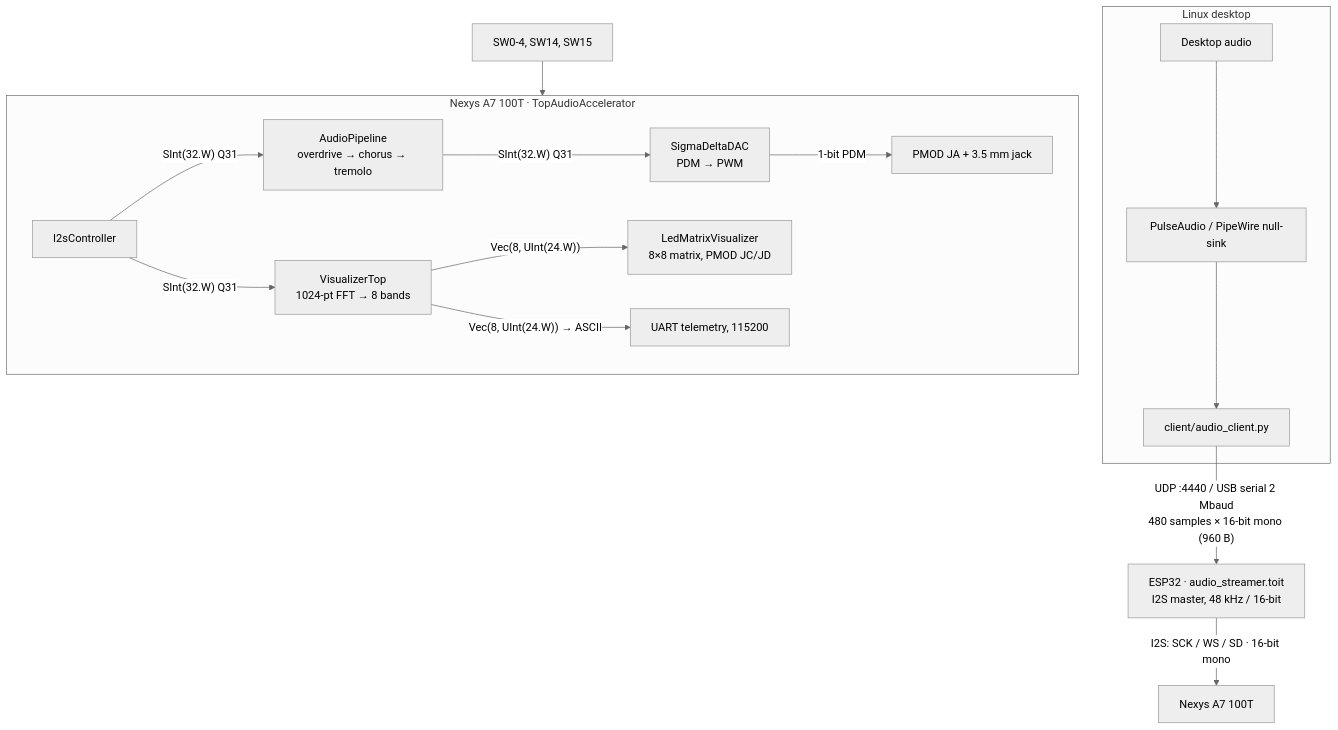
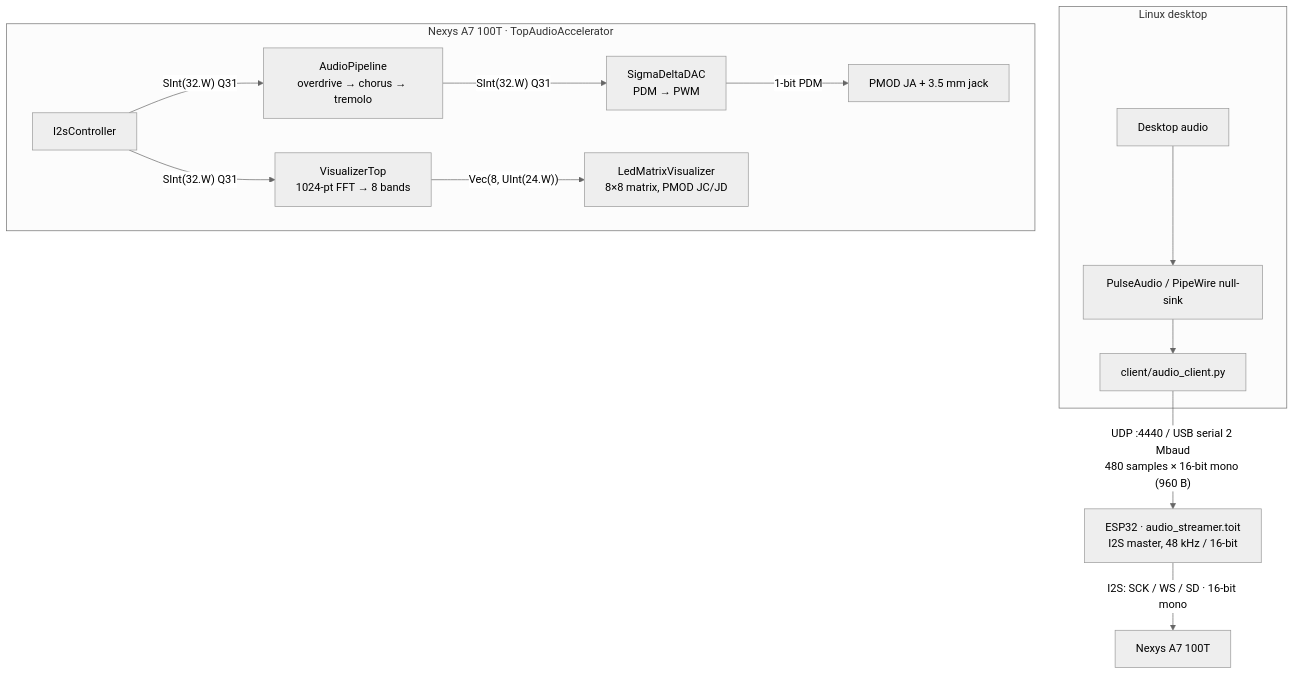
One commit to mairup/fpga-accelerated-audio-player changed the diagram in diagrams/system-overview.md. Above: the diagram before and after it, drawn with Mermaid (neutral theme). The commit also changed 6 other files, not shown here.

First line of the commit message:
diagrams: minimal audio-data flow only

````diff
--- a/diagrams/system-overview.md
+++ b/diagrams/system-overview.md
@@ -5,22 +5,19 @@
 ```mermaid
 flowchart TB
   subgraph PC["Linux desktop"]
     AUDIO["Desktop audio"] --> PA["PulseAudio / PipeWire null-sink"]
     PA --> CLIENT["client/audio_client.py"]
   end
 
   CLIENT -- "UDP :4440 / USB serial 2 Mbaud<br/>480 samples × 16-bit mono (960 B)" --> BRIDGE["ESP32 · audio_streamer.toit<br/>I2S master, 48 kHz / 16-bit"]
 
   BRIDGE -- "I2S: SCK / WS / SD · 16-bit mono" --> FPGA["Nexys A7 100T"]
 
   subgraph FPGA2["Nexys A7 100T · TopAudioAccelerator"]
     I2S["I2sController"] -- "SInt(32.W) Q31" --> FX["AudioPipeline<br/>overdrive → chorus → tremolo"]
     FX -- "SInt(32.W) Q31" --> DAC["SigmaDeltaDAC<br/>PDM → PWM"]
     DAC -- "1-bit PDM" --> OUT["PMOD JA + 3.5 mm jack"]
     I2S -- "SInt(32.W) Q31" --> VIZ["VisualizerTop<br/>1024-pt FFT → 8 bands"]
     VIZ -- "Vec(8, UInt(24.W))" --> MATRIX["LedMatrixVisualizer<br/>8×8 matrix, PMOD JC/JD"]
-    VIZ -- "Vec(8, UInt(24.W)) → ASCII" --> UART["UART telemetry, 115200"]
   end
-
-  SW["SW0-4, SW14, SW15"] --> FPGA2
 ```
````
